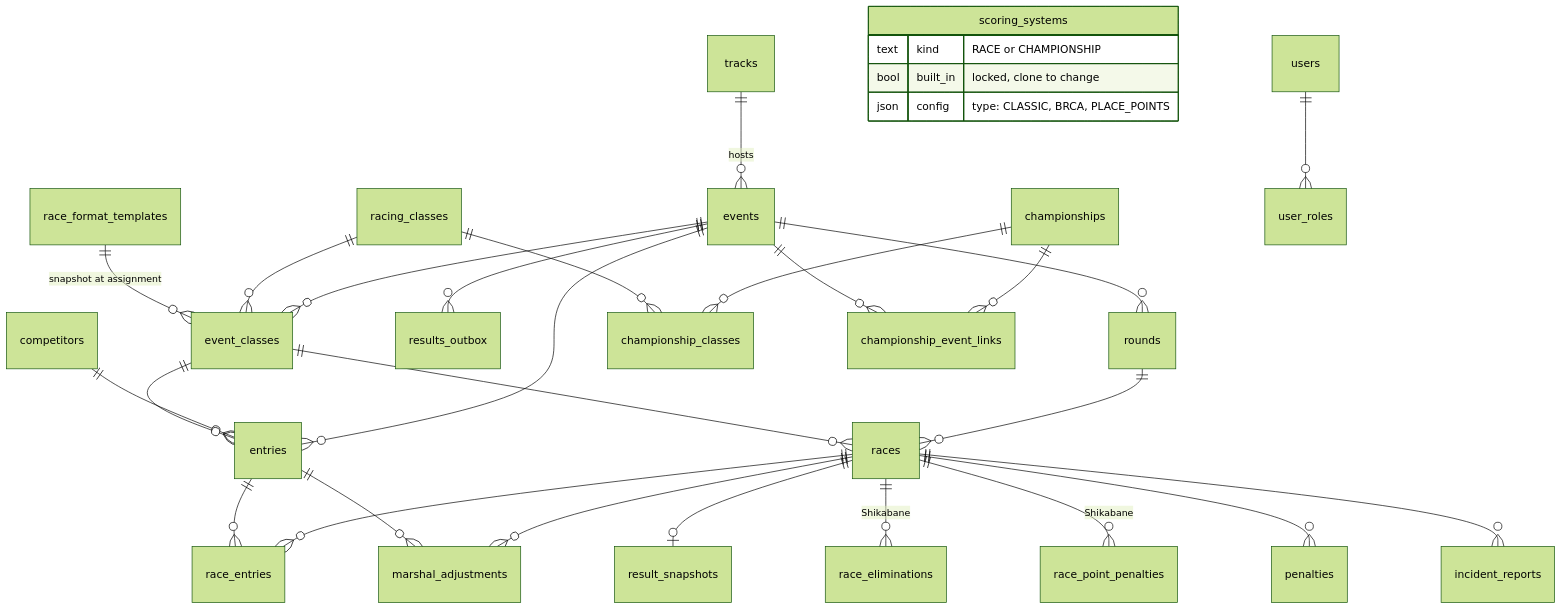
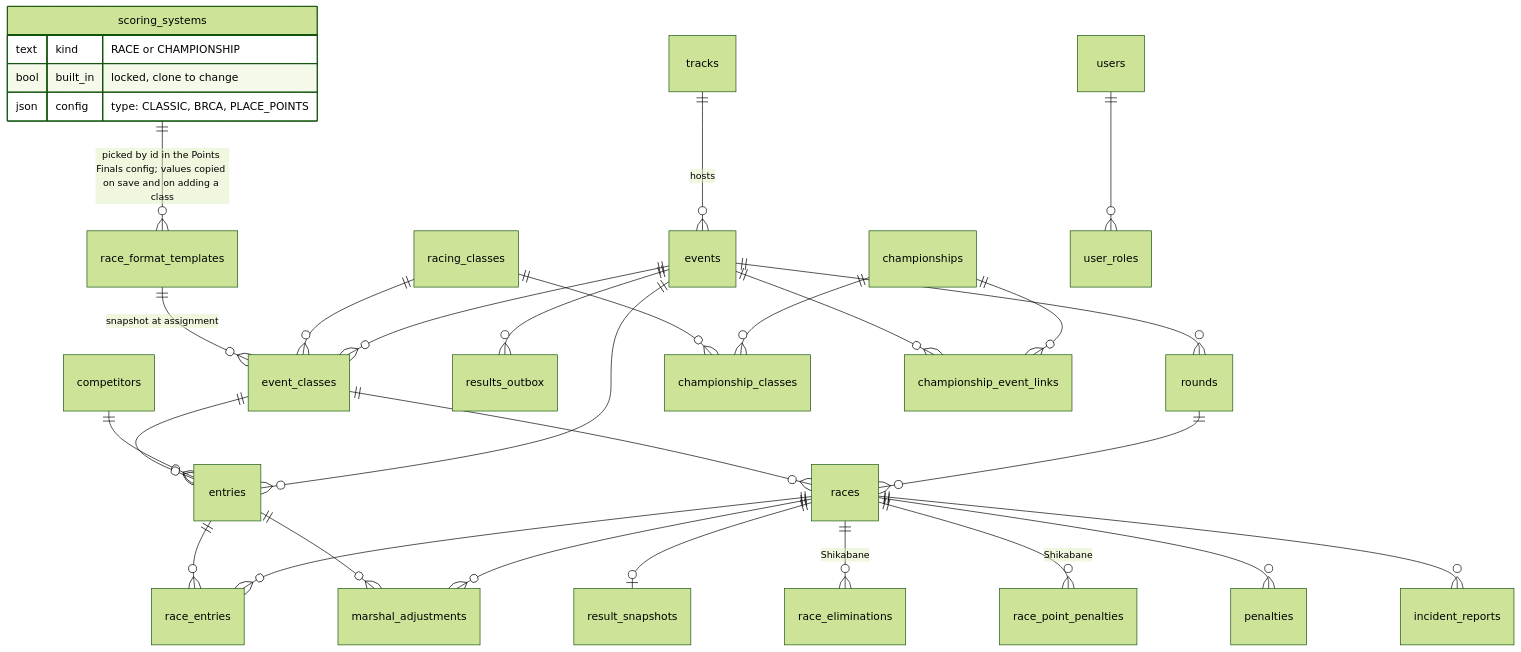
Before and after one commit to RCRaceHub/RCTimingControl: the third of 3 diagrams in docs/developer/domain-model.md, drawn with Mermaid (forest theme). The commit also changed 14 other files, not shown here.

First line of the commit message:
Race formats pick a scoring system (#437) (#441)

````diff
--- a/docs/developer/domain-model.md
+++ b/docs/developer/domain-model.md
@@ -158,33 +158,34 @@
 ```mermaid
 erDiagram
     tracks ||--o{ events : "hosts"
     events ||--o{ event_classes : ""
     events ||--o{ rounds : ""
     events ||--o{ entries : ""
     events ||--o{ results_outbox : ""
     racing_classes ||--o{ event_classes : ""
     race_format_templates ||--o{ event_classes : "snapshot at assignment"
+    scoring_systems ||--o{ race_format_templates : "picked by id in the Points Finals config; values copied on save and on adding a class"
     scoring_systems {
         text kind "RACE or CHAMPIONSHIP"
         bool built_in "locked, clone to change"
         json config "type: CLASSIC, BRCA, PLACE_POINTS"
     }
     competitors ||--o{ entries : ""
     event_classes ||--o{ entries : ""
     rounds ||--o{ races : ""
     event_classes ||--o{ races : ""
     races ||--o{ race_entries : ""
     entries ||--o{ race_entries : ""
     races ||--o| result_snapshots : ""
     races ||--o{ marshal_adjustments : ""
     races ||--o{ race_eliminations : "Shikabane"
     races ||--o{ race_point_penalties : "Shikabane"
     races ||--o{ penalties : ""
     races ||--o{ incident_reports : ""
     entries ||--o{ marshal_adjustments : ""
     championships ||--o{ championship_classes : ""
     championships ||--o{ championship_event_links : ""
     events ||--o{ championship_event_links : ""
     racing_classes ||--o{ championship_classes : ""
     users ||--o{ user_roles : ""
 ```
````
